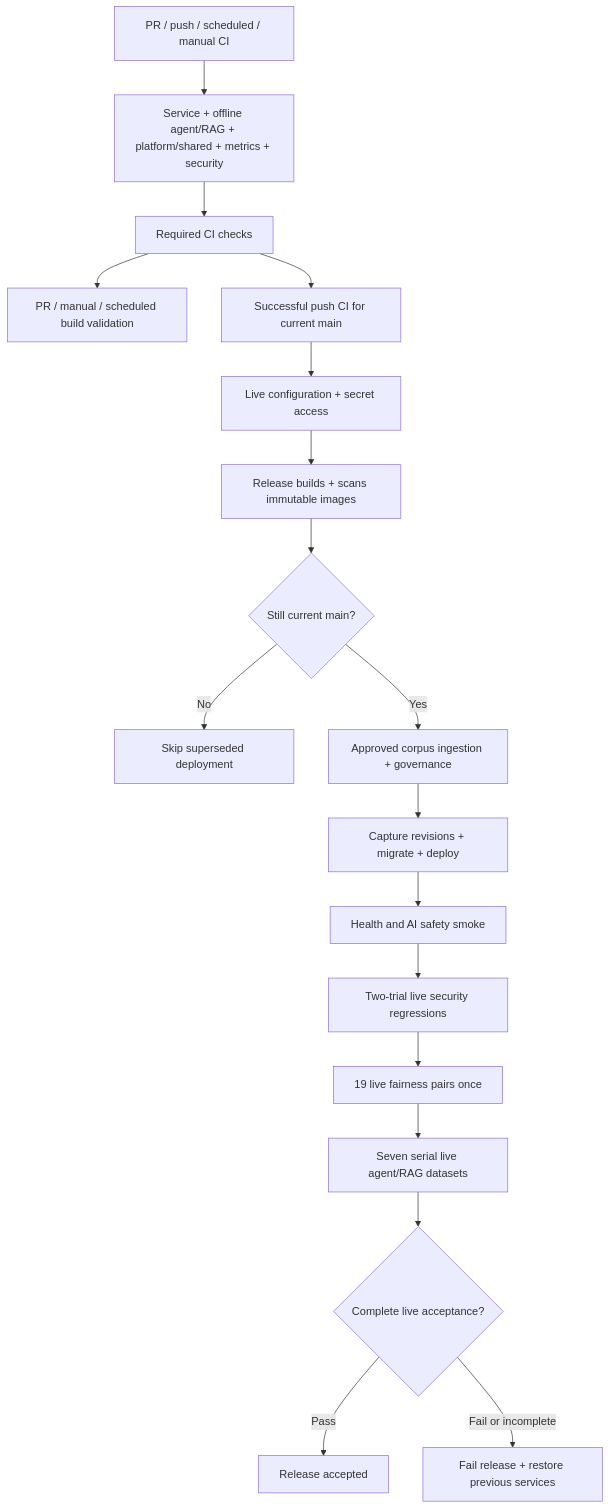
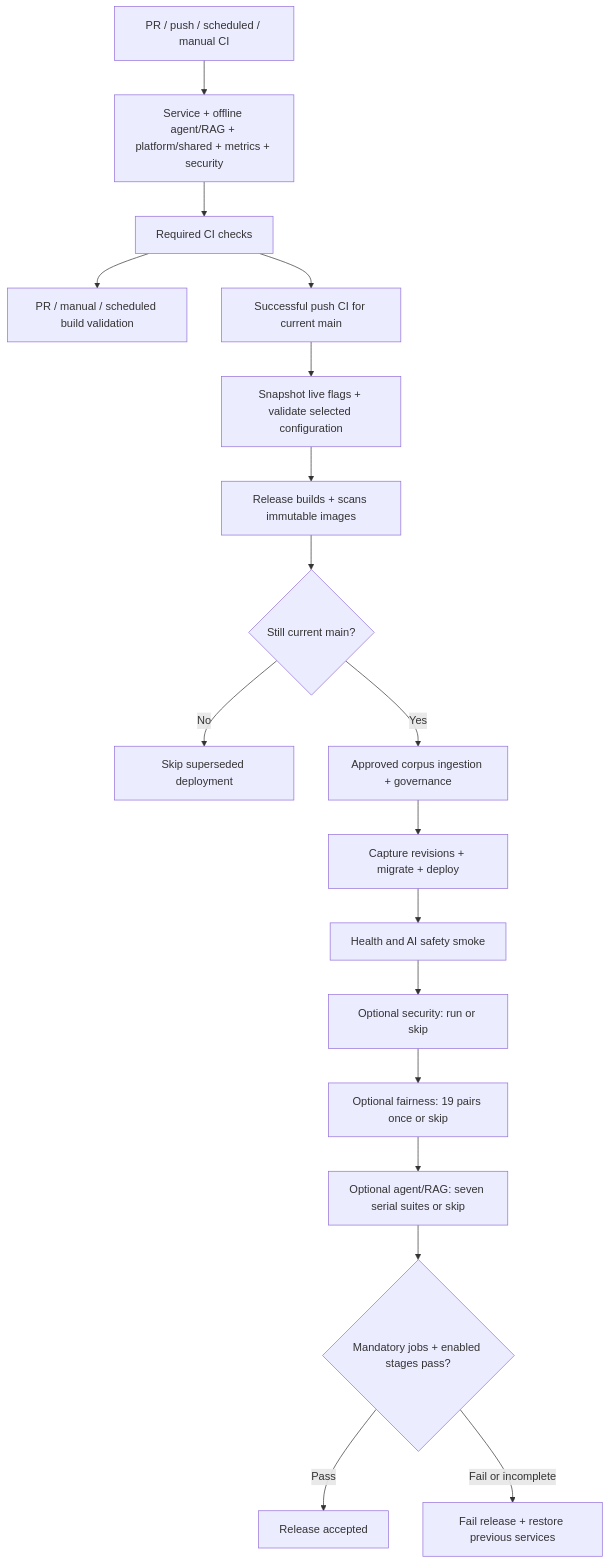
The diagram in docs/agent-test-workflows.md (Seanleng99/nus-iss-ais-team9), drawn with Mermaid before and after one commit. The commit also changed other lines of this file and 26 other files, not shown here.

Commit message:
Make release live evaluations independently optional

````diff
--- a/docs/agent-test-workflows.md
+++ b/docs/agent-test-workflows.md
@@ -71,20 +73,20 @@
 ```mermaid
 flowchart TD
     Start[PR / push / scheduled / manual CI] --> Tests[Service + offline agent/RAG + platform/shared + metrics + security]
     Tests --> Gate[Required CI checks]
     Gate --> PRBuild[PR / manual / scheduled build validation]
     Gate --> Push[Successful push CI for current main]
-    Push --> Preflight[Live configuration + secret access]
+    Push --> Preflight[Snapshot live flags + validate selected configuration]
     Preflight --> Build[Release builds + scans immutable images]
     Build --> Fresh{Still current main?}
     Fresh -->|No| Skip[Skip superseded deployment]
     Fresh -->|Yes| Corpus[Approved corpus ingestion + governance]
     Corpus --> Deploy[Capture revisions + migrate + deploy]
     Deploy --> Smoke[Health and AI safety smoke]
-    Smoke --> Security[Two-trial live security regressions]
-    Security --> Fairness[19 live fairness pairs once]
-    Fairness --> Agents[Seven serial live agent/RAG datasets]
-    Agents --> Acceptance{Complete live acceptance?}
+    Smoke --> Security[Optional security: run or skip]
+    Security --> Fairness[Optional fairness: 19 pairs once or skip]
+    Fairness --> Agents[Optional agent/RAG: seven serial suites or skip]
+    Agents --> Acceptance{Mandatory jobs + enabled stages pass?}
     Acceptance -->|Pass| Success[Release accepted]
     Acceptance -->|Fail or incomplete| Rollback[Fail release + restore previous services]
 ```
````
